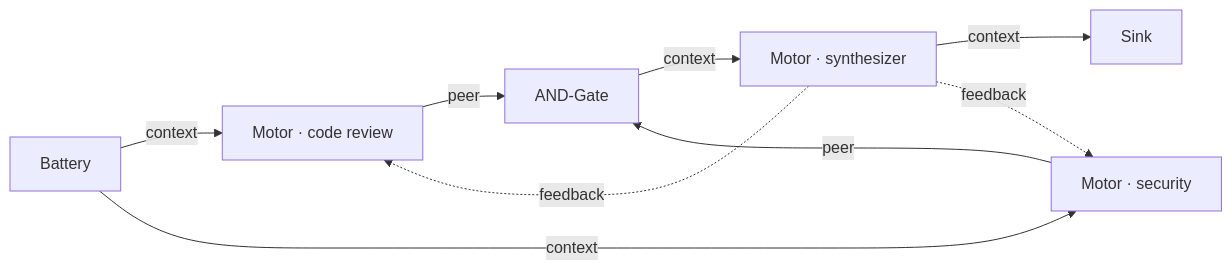
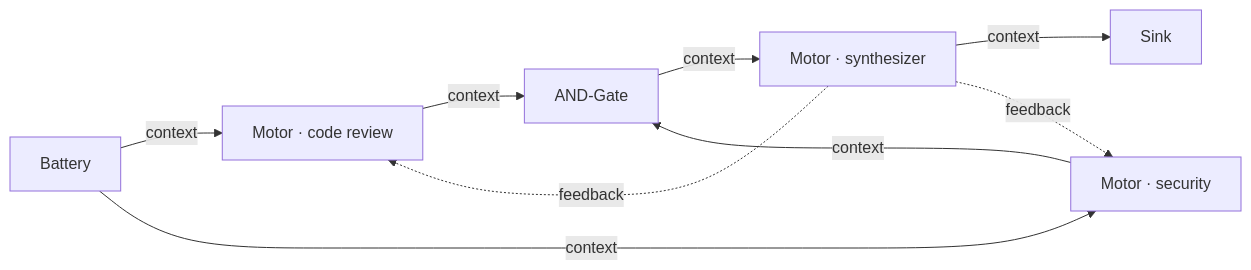
Before and after one commit to ssm-08/cirkit: the diagram in docs/index.md, drawn with Mermaid. The commit also changed 1 other file, not shown here.

Commit message:
fixed examples

````diff
--- a/docs/index.md
+++ b/docs/index.md
@@ -7,11 +7,11 @@
 ```mermaid
 flowchart LR
     bat[Battery] -->|context| ra[Motor · code review]
     bat -->|context| rb[Motor · security]
-    ra -->|peer| gate[AND-Gate]
-    rb -->|peer| gate
+    ra -->|context| gate[AND-Gate]
+    rb -->|context| gate
     gate -->|context| syn[Motor · synthesizer]
     syn -->|context| sink[Sink]
     syn -.->|feedback| ra
     syn -.->|feedback| rb
 ```
````
